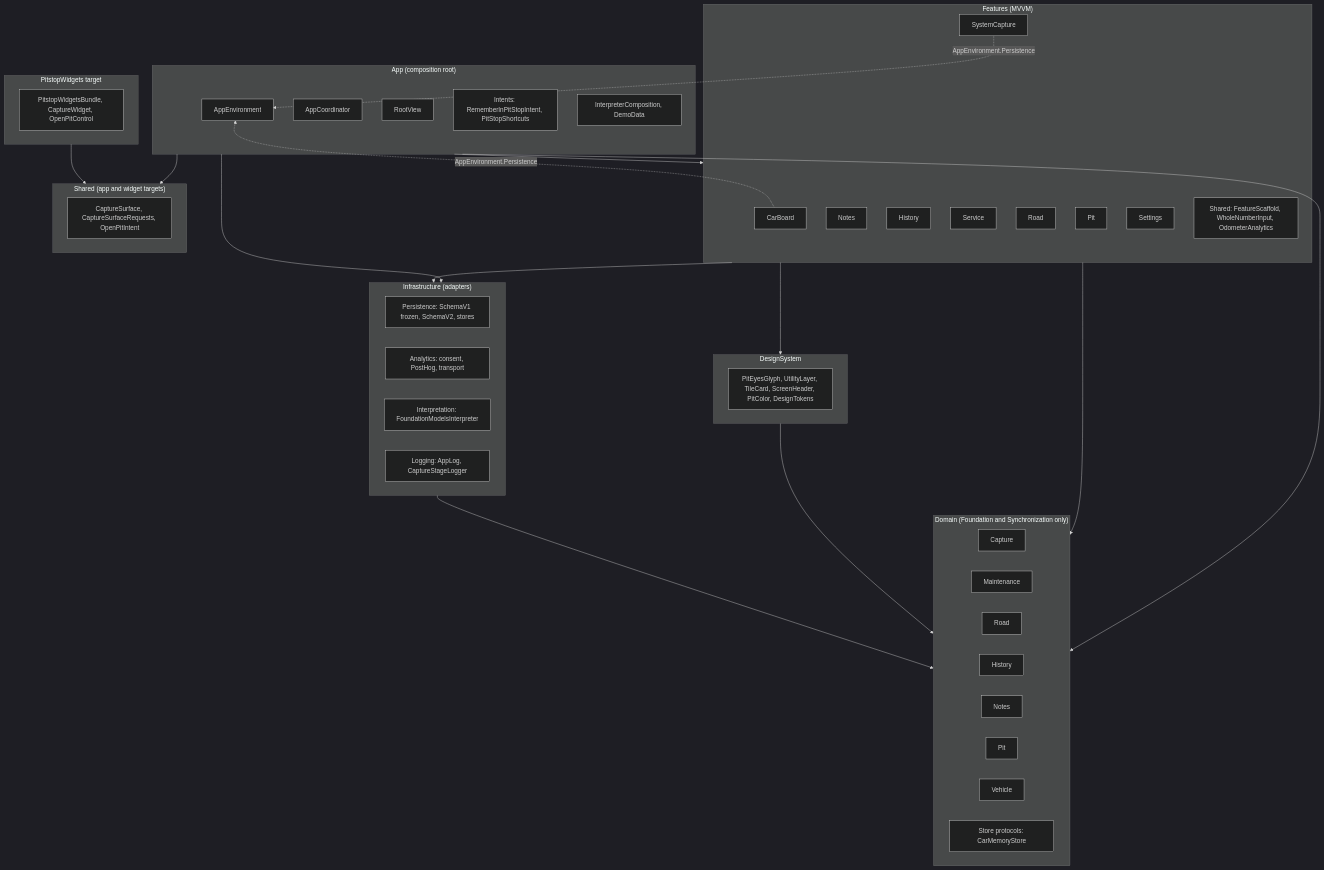
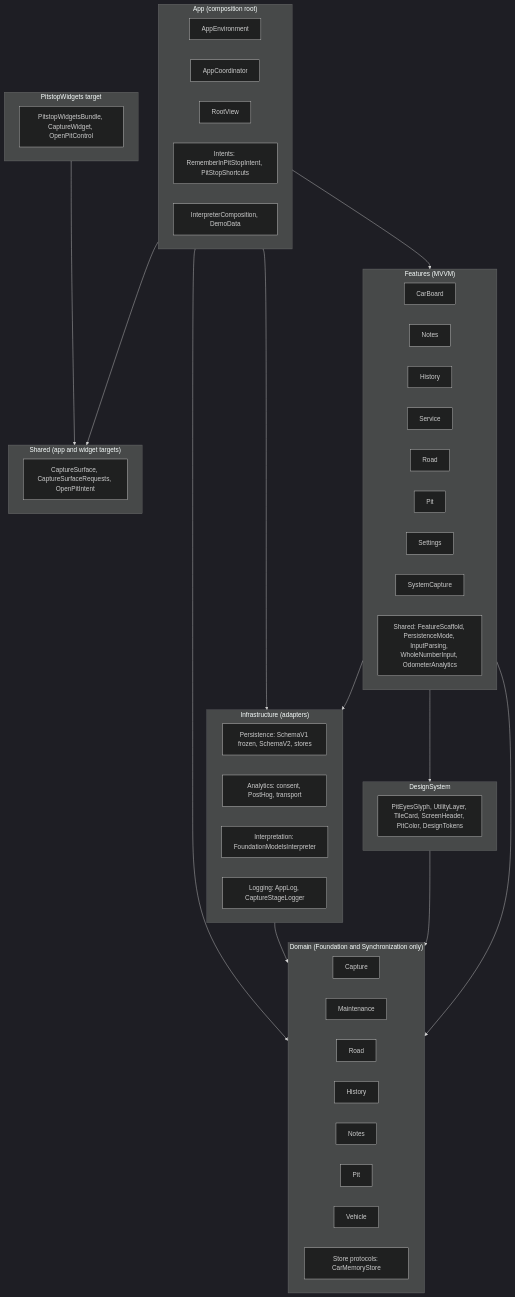
Before and after one commit to vil4max/pitstop-ios: the second of 9 diagrams in docs/engineering/system-overview.md, drawn with Mermaid (dark theme). The commit also changed other lines of this file and 15 other files, not shown here.

````diff
--- a/docs/engineering/system-overview.md
+++ b/docs/engineering/system-overview.md
@@ -103,65 +103,63 @@
 ```mermaid
 flowchart TB
     subgraph appL["App (composition root)"]
         env["AppEnvironment"]
         coord["AppCoordinator"]
         root["RootView"]
         appIntents["Intents: RememberInPitStopIntent, PitStopShortcuts"]
         comp["InterpreterComposition, DemoData"]
     end
 
     subgraph featL["Features (MVVM)"]
         fCar["CarBoard"]
         fNotes["Notes"]
         fHist["History"]
         fServ["Service"]
         fRoad["Road"]
         fPit["Pit"]
         fSet["Settings"]
         fSys["SystemCapture"]
-        fShared["Shared: FeatureScaffold, WholeNumberInput, OdometerAnalytics"]
+        fShared["Shared: FeatureScaffold, PersistenceMode, InputParsing, WholeNumberInput, OdometerAnalytics"]
     end
 
     subgraph ds["DesignSystem"]
         dsC["PitEyesGlyph, UtilityLayer, TileCard, ScreenHeader, PitColor, DesignTokens"]
     end
 
     subgraph domL["Domain (Foundation and Synchronization only)"]
         dCap["Capture"]
         dMnt["Maintenance"]
         dRoad["Road"]
         dHist["History"]
         dNotes["Notes"]
         dPit["Pit"]
         dVeh["Vehicle"]
         dStore["Store protocols: CarMemoryStore"]
     end
 
     subgraph infL["Infrastructure (adapters)"]
         iPers["Persistence: SchemaV1 frozen, SchemaV2, stores"]
         iAna["Analytics: consent, PostHog, transport"]
         iInt["Interpretation: FoundationModelsInterpreter"]
         iLog["Logging: AppLog, CaptureStageLogger"]
     end
 
     subgraph sharedL["Shared (app and widget targets)"]
         sh["CaptureSurface, CaptureSurfaceRequests, OpenPitIntent"]
     end
 
     subgraph wid["PitstopWidgets target"]
         w["PitstopWidgetsBundle, CaptureWidget, OpenPitControl"]
     end
 
     appL --> featL
     appL --> infL
     appL --> domL
     appL --> sharedL
     featL --> domL
     featL --> ds
     featL --> infL
     ds --> domL
     infL --> domL
     wid --> sharedL
-    fSys -. "AppEnvironment.Persistence" .-> env
-    fCar -. "AppEnvironment.Persistence" .-> env
 ```
````
